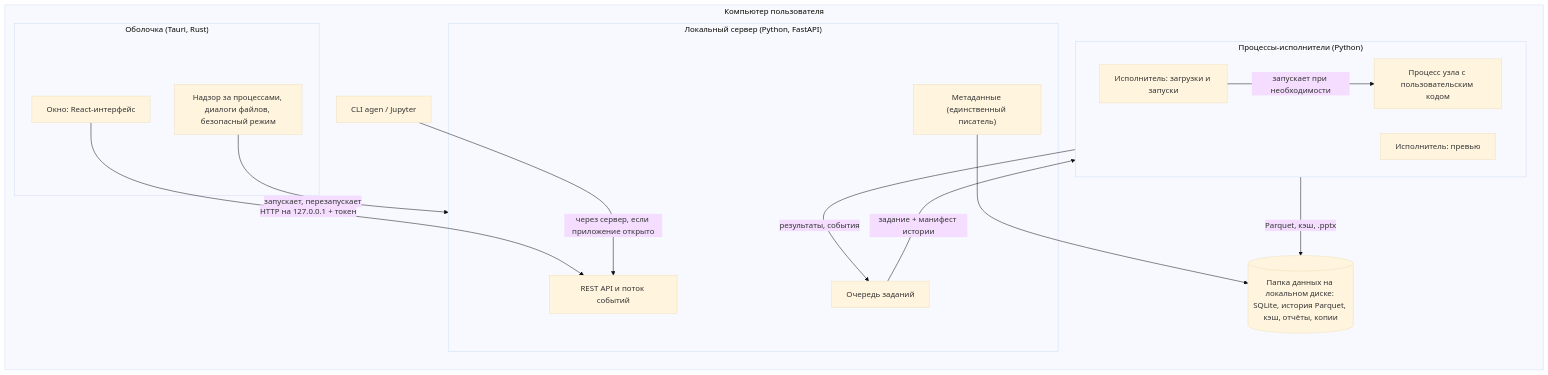
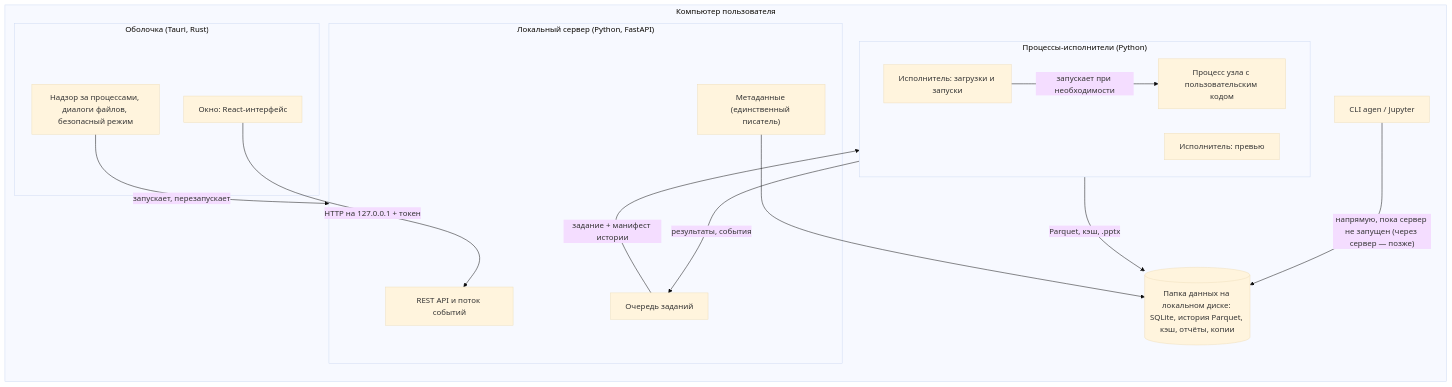
The first of 4 diagrams in ARCHITECTURE.md (PrimalSt/Auto_clode), drawn with Mermaid (base theme) before and after one commit. The commit also changed other lines of this file and 1 other file, not shown here.

First line of the commit message:
Docs for M4 part 2: local server, job queue, worker processes, API

````diff
--- a/ARCHITECTURE.md
+++ b/ARCHITECTURE.md
@@ -23,30 +23,30 @@
 ```mermaid
 flowchart LR
   subgraph PC["Компьютер пользователя"]
     subgraph Shell["Оболочка (Tauri, Rust)"]
       WIN["Окно: React-интерфейс"]
       SUP["Надзор за процессами, диалоги файлов, безопасный режим"]
     end
     subgraph Server["Локальный сервер (Python, FastAPI)"]
       API["REST API и поток событий"]
       JOBS["Очередь заданий"]
       STORE["Метаданные (единственный писатель)"]
     end
     subgraph Pool["Процессы-исполнители (Python)"]
       EX1["Исполнитель: загрузки и запуски"]
       EX2["Исполнитель: превью"]
       UC["Процесс узла с пользовательским кодом"]
     end
     CLI["CLI agen / Jupyter"]
     DATA[("Папка данных на локальном диске: SQLite, история Parquet, кэш, отчёты, копии")]
   end
 
   WIN -- "HTTP на 127.0.0.1 + токен" --> API
   SUP -- "запускает, перезапускает" --> Server
   JOBS -- "задание + манифест истории" --> Pool
   EX1 -- "запускает при необходимости" --> UC
   Pool -- "результаты, события" --> JOBS
   STORE --> DATA
   Pool -- "Parquet, кэш, .pptx" --> DATA
-  CLI -- "через сервер, если приложение открыто" --> API
+  CLI -- "напрямую, пока сервер не запущен (через сервер — позже)" --> DATA
 ```
````
